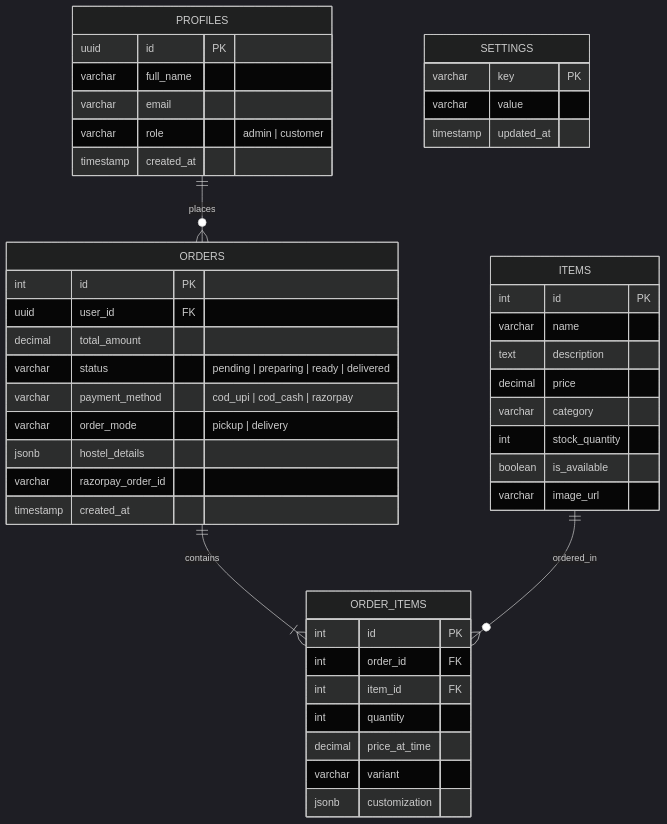
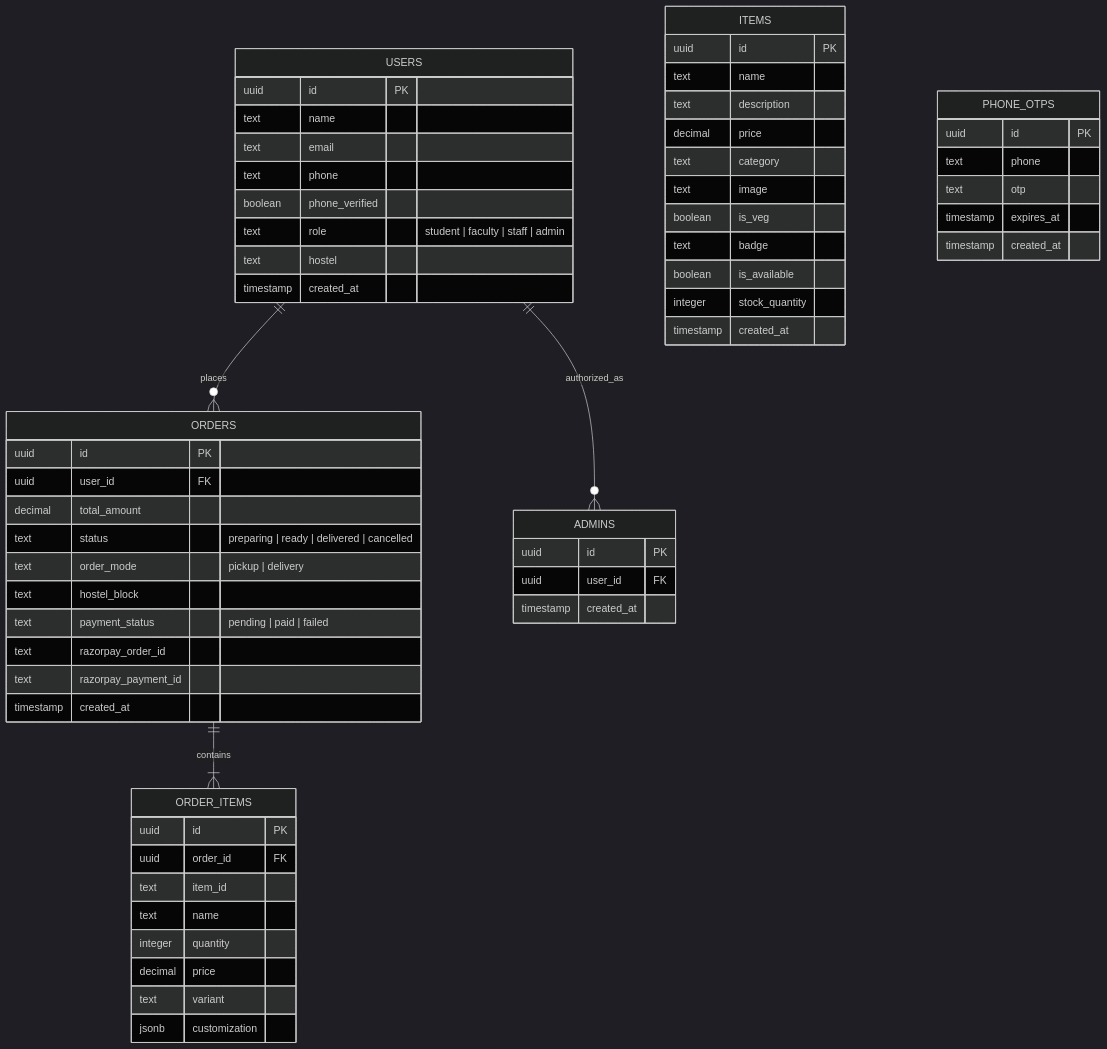
Before and after one commit to kiran-8287/nescafe-iitpkd: the fifth of 6 diagrams in README.md, drawn with Mermaid (dark theme). The commit also changed other lines of this file, not shown here.

Commit message:
docs: update database schema diagram in README to reflect new table structures and relationships

````diff
--- a/README.md
+++ b/README.md
@@ -184,54 +184,70 @@
 ```mermaid
 erDiagram
 
-    PROFILES {
+    USERS {
         uuid id PK
-        varchar full_name
-        varchar email
-        varchar role "admin | customer"
+        text name
+        text email
+        text phone
+        boolean phone_verified
+        text role "student | faculty | staff | admin"
+        text hostel
         timestamp created_at
     }
 
     ITEMS {
-        int id PK
-        varchar name
+        uuid id PK
+        text name
         text description
         decimal price
-        varchar category
-        int stock_quantity
+        text category
+        text image
+        boolean is_veg
+        text badge
         boolean is_available
-        varchar image_url
+        integer stock_quantity
+        timestamp created_at
     }
 
     ORDERS {
-        int id PK
+        uuid id PK
         uuid user_id FK
         decimal total_amount
-        varchar status "pending | preparing | ready | delivered"
-        varchar payment_method "cod_upi | cod_cash | razorpay"
-        varchar order_mode "pickup | delivery"
-        jsonb hostel_details
-        varchar razorpay_order_id
+        text status "preparing | ready | delivered | cancelled"
+        text order_mode "pickup | delivery"
+        text hostel_block
+        text payment_status "pending | paid | failed"
+        text razorpay_order_id
+        text razorpay_payment_id
         timestamp created_at
     }
 
     ORDER_ITEMS {
-        int id PK
-        int order_id FK
-        int item_id FK
-        int quantity
-        decimal price_at_time
-        varchar variant
+        uuid id PK
+        uuid order_id FK
+        text item_id
+        text name
+        integer quantity
+        decimal price
+        text variant
         jsonb customization
     }
 
-    SETTINGS {
-        varchar key PK
-        varchar value
-        timestamp updated_at
+    ADMINS {
+        uuid id PK
+        uuid user_id FK
+        timestamp created_at
     }
 
-    PROFILES ||--o{ ORDERS : places
+    PHONE_OTPS {
+        uuid id PK
+        text phone
+        text otp
+        timestamp expires_at
+        timestamp created_at
+    }
+
+    USERS ||--o{ ORDERS : places
+    USERS ||--o{ ADMINS : authorized_as
     ORDERS ||--|{ ORDER_ITEMS : contains
-    ITEMS ||--o{ ORDER_ITEMS : ordered_in
 ```
````
